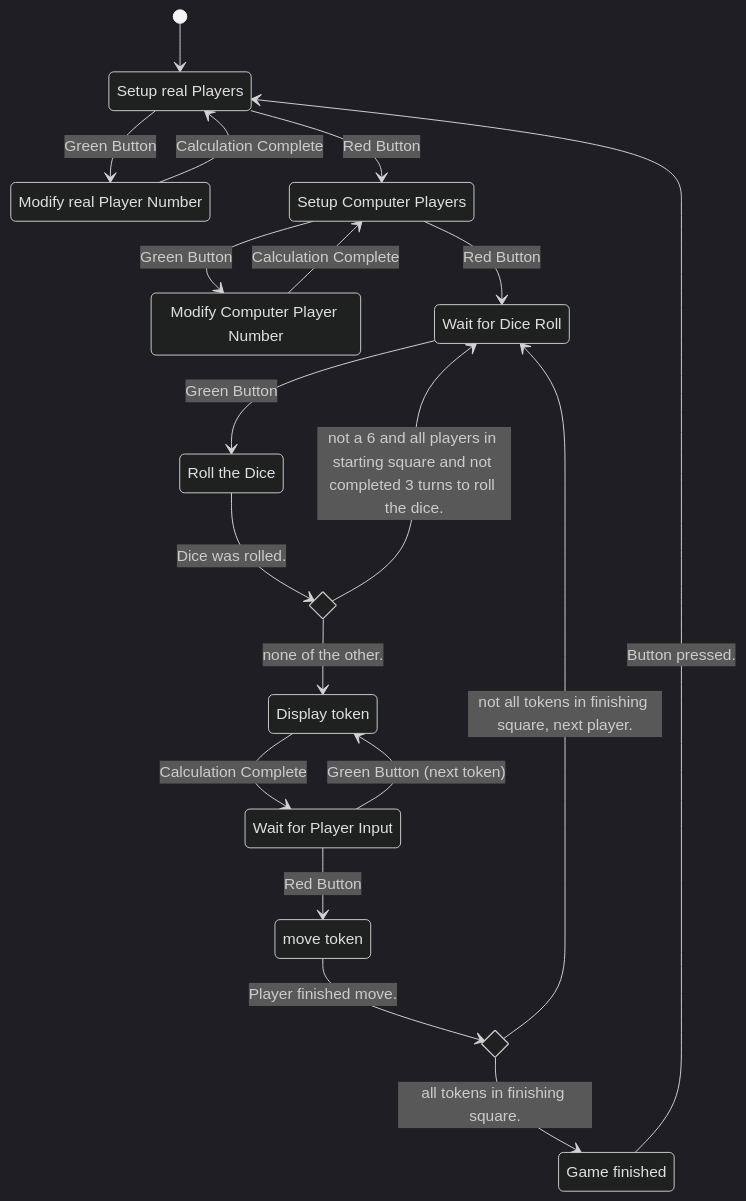
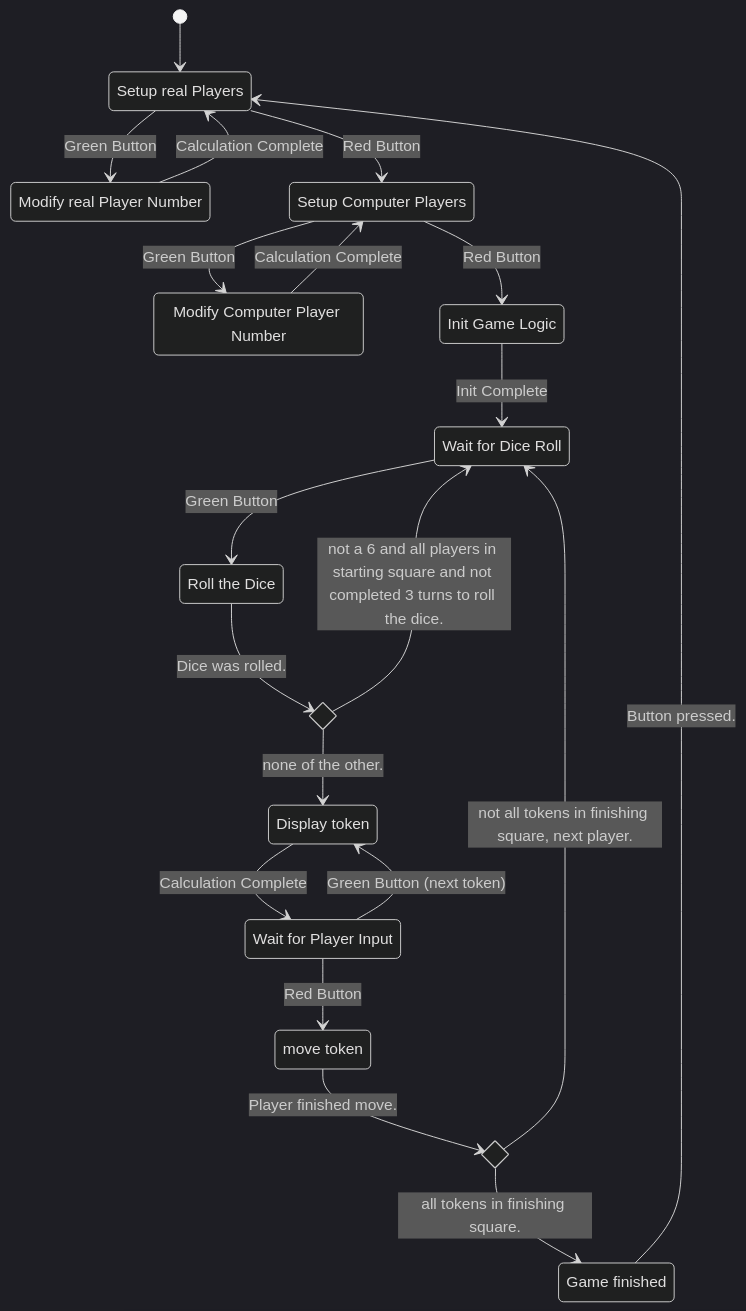
Before and after one commit to lukas1-12/Arduino_DHBW_Spiel: the second of 4 diagrams in Design_Description/Software_Architecture/DOC_DED_SOA_Software_Architecture.md, drawn with Mermaid (dark theme). The commit also changed 2 other files, not shown here.

Commit message:
Added a state and Dice logic.

````diff
--- a/Design_Description/Software_Architecture/DOC_DED_SOA_Software_Architecture.md
+++ b/Design_Description/Software_Architecture/DOC_DED_SOA_Software_Architecture.md
@@ -37,34 +37,36 @@
 ```mermaid
     stateDiagram-v2
         [*] --> s1
     s1 : Setup real Players
         s1 --> s2 : Green Button
         s2 --> s1: Calculation Complete
     s2 : Modify real Player Number
         s1 --> s3: Red Button
     s3 : Setup Computer Players
         s3 --> s4 : Green Button
     s4 : Modify Computer Player Number
         s4 --> s3: Calculation Complete
-        s3 --> s5 : Red Button
+        s3 --> s4a : Red Button
+    s4a: Init Game Logic
+        s4a --> s5: Init Complete
     s5 : Wait for Dice Roll
         s5 -->s6 : Green Button
     s6 : Roll the Dice 
         state if2 <<choice>>
         s6 --> if2 : Dice was rolled.
         if2 --> s5 : not a 6 and all players in starting square and not completed 3 turns to roll the dice.
         if2 --> s8: none of the other.
         # Players ------------------
     s7 : Wait for Player Input
         s7 --> s8 : Green Button (next token)
     s8 : Display token
         s8 --> s7 : Calculation Complete
         s7 --> s9 : Red Button
     s9 : move token
         state if1 <<choice>>
         s9 --> if1 : Player finished move.
         if1 --> s5 : not all tokens in finishing square, next player.
         if1 --> s10 : all tokens in finishing square.
     s10: Game finished
         s10 --> s1 : Button pressed.
 ```
````
